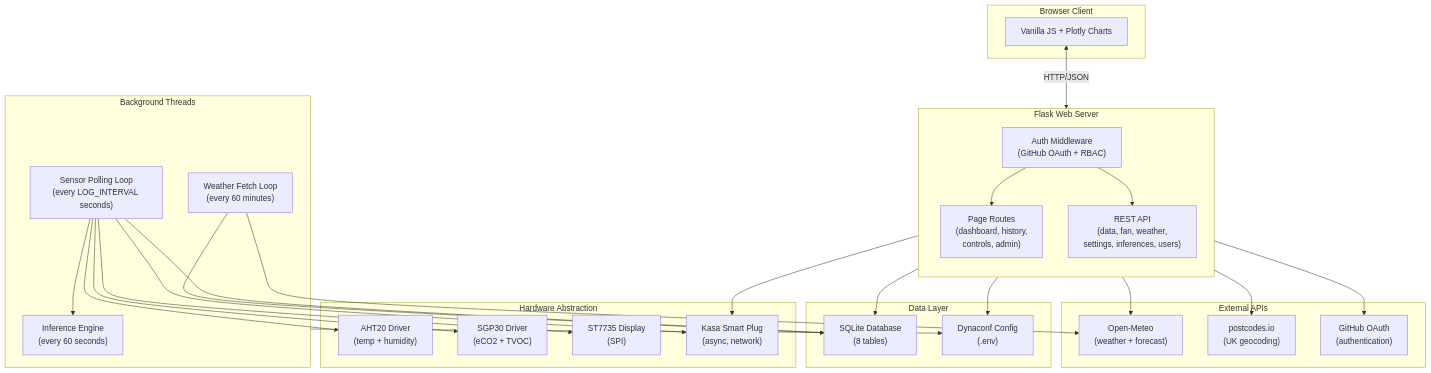
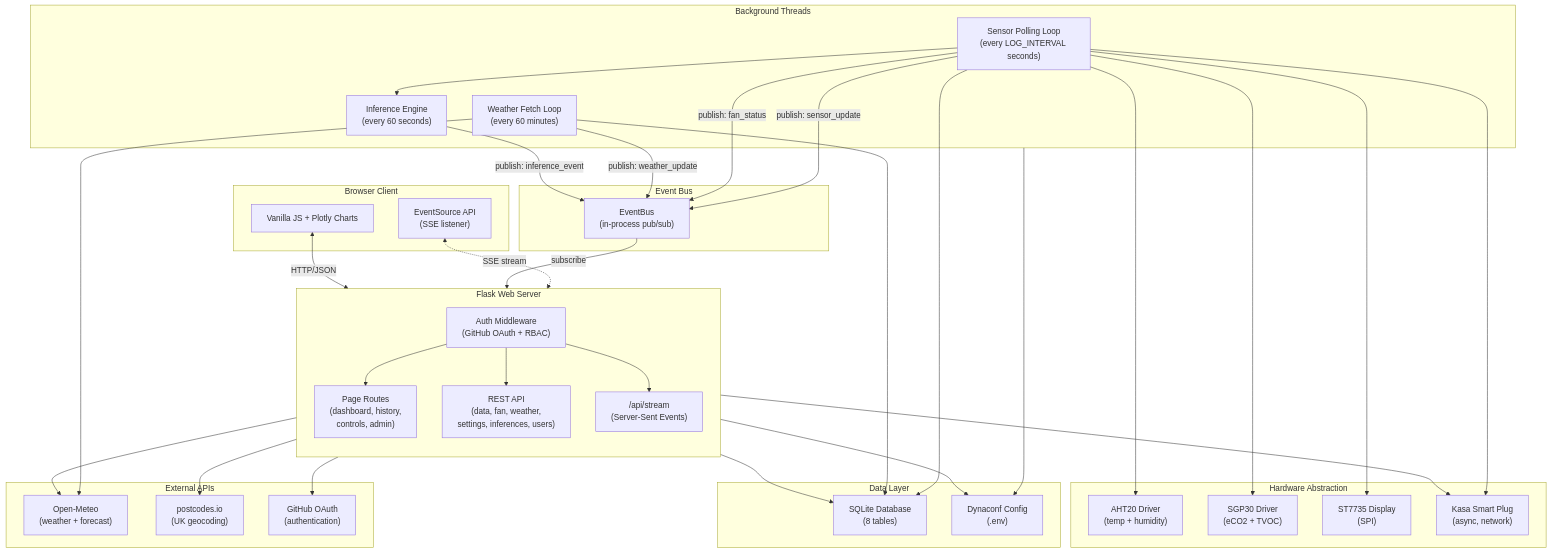
The first of 5 diagrams in readme.md (Ryan-be/mars-air-quility), drawn with Mermaid before and after one commit. The commit also changed other lines of this file and 10 other files, not shown here.

First line of the commit message:
Feature/SSE event bus for real-time dashboard push

````diff
--- a/readme.md
+++ b/readme.md
@@ -85,56 +88,69 @@
 ```mermaid
 flowchart TB
     subgraph Client["Browser Client"]
         UI["Vanilla JS + Plotly Charts"]
+        ES["EventSource API<br/>(SSE listener)"]
     end
 
     subgraph Flask["Flask Web Server"]
         direction TB
         Auth["Auth Middleware<br/>(GitHub OAuth + RBAC)"]
         Pages["Page Routes<br/>(dashboard, history,<br/>controls, admin)"]
         API["REST API<br/>(data, fan, weather,<br/>settings, inferences, users)"]
+        SSE["/api/stream<br/>(Server-Sent Events)"]
+    end
+
+    subgraph EventBusBox["Event Bus"]
+        Bus["EventBus<br/>(in-process pub/sub)"]
     end
 
     subgraph Background["Background Threads"]
         SensorLoop["Sensor Polling Loop<br/>(every LOG_INTERVAL seconds)"]
         WeatherLoop["Weather Fetch Loop<br/>(every 60 minutes)"]
         InferenceEng["Inference Engine<br/>(every 60 seconds)"]
     end
 
     subgraph Hardware["Hardware Abstraction"]
         AHT20["AHT20 Driver<br/>(temp + humidity)"]
         SGP30["SGP30 Driver<br/>(eCO2 + TVOC)"]
         Display["ST7735 Display<br/>(SPI)"]
         Kasa["Kasa Smart Plug<br/>(async, network)"]
     end
 
     subgraph Data["Data Layer"]
         SQLite["SQLite Database<br/>(8 tables)"]
         Config["Dynaconf Config<br/>(.env)"]
     end
 
     subgraph External["External APIs"]
         OpenMeteo["Open-Meteo<br/>(weather + forecast)"]
         Postcodes["postcodes.io<br/>(UK geocoding)"]
         GitHub["GitHub OAuth<br/>(authentication)"]
     end
 
     UI <-->|HTTP/JSON| Flask
+    ES <-.->|SSE stream| SSE
     Auth --> Pages
     Auth --> API
+    Auth --> SSE
+    SensorLoop -->|publish: sensor_update| Bus
+    SensorLoop -->|publish: fan_status| Bus
+    WeatherLoop -->|publish: weather_update| Bus
+    InferenceEng -->|publish: inference_event| Bus
+    Bus -->|subscribe| SSE
     SensorLoop --> AHT20
     SensorLoop --> SGP30
     SensorLoop --> Display
     SensorLoop --> Kasa
     SensorLoop --> InferenceEng
     SensorLoop --> SQLite
     WeatherLoop --> OpenMeteo
     WeatherLoop --> SQLite
     API --> SQLite
     API --> Kasa
     API --> OpenMeteo
     API --> Postcodes
     Auth --> GitHub
     Flask --> Config
     Background --> Config
 ```
````
